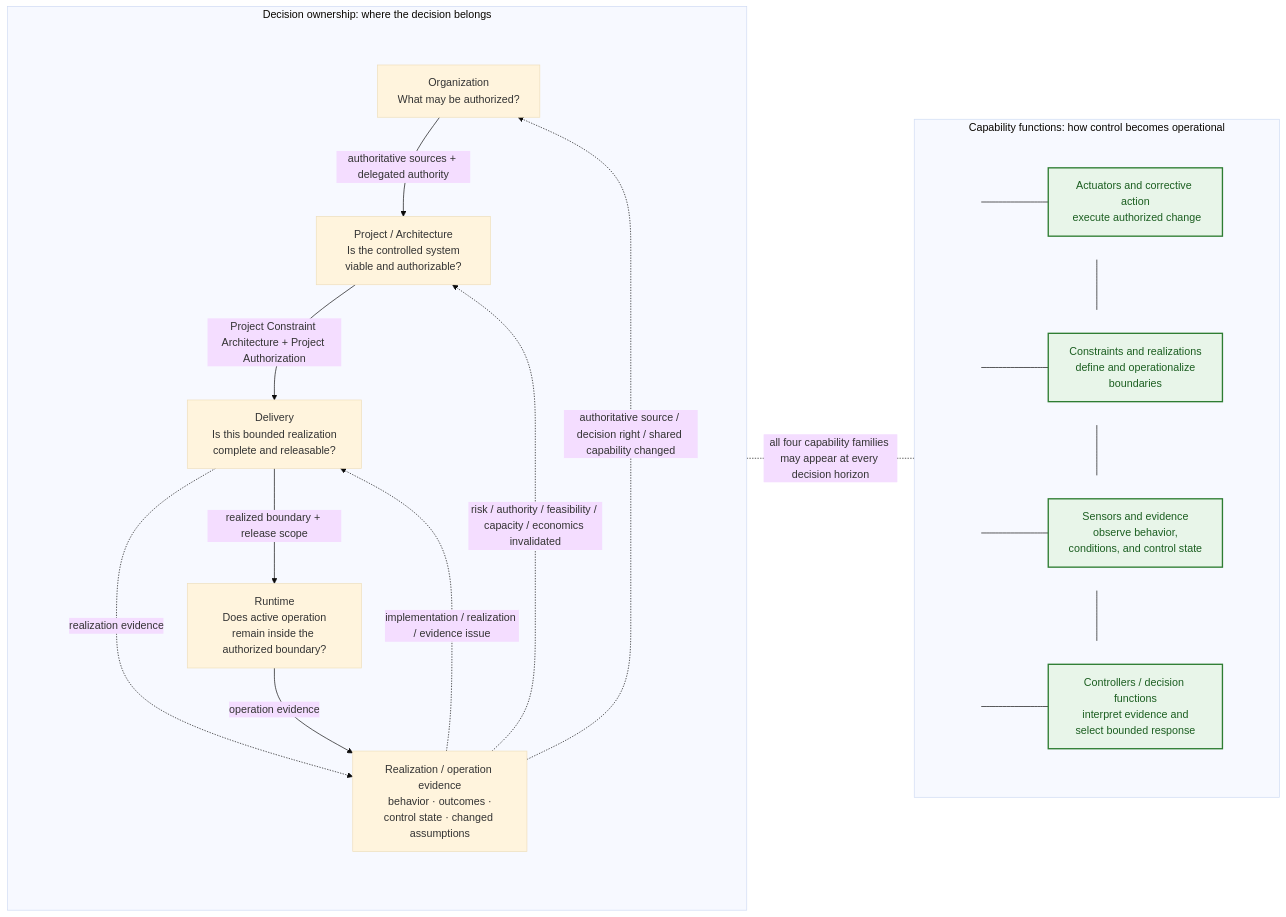
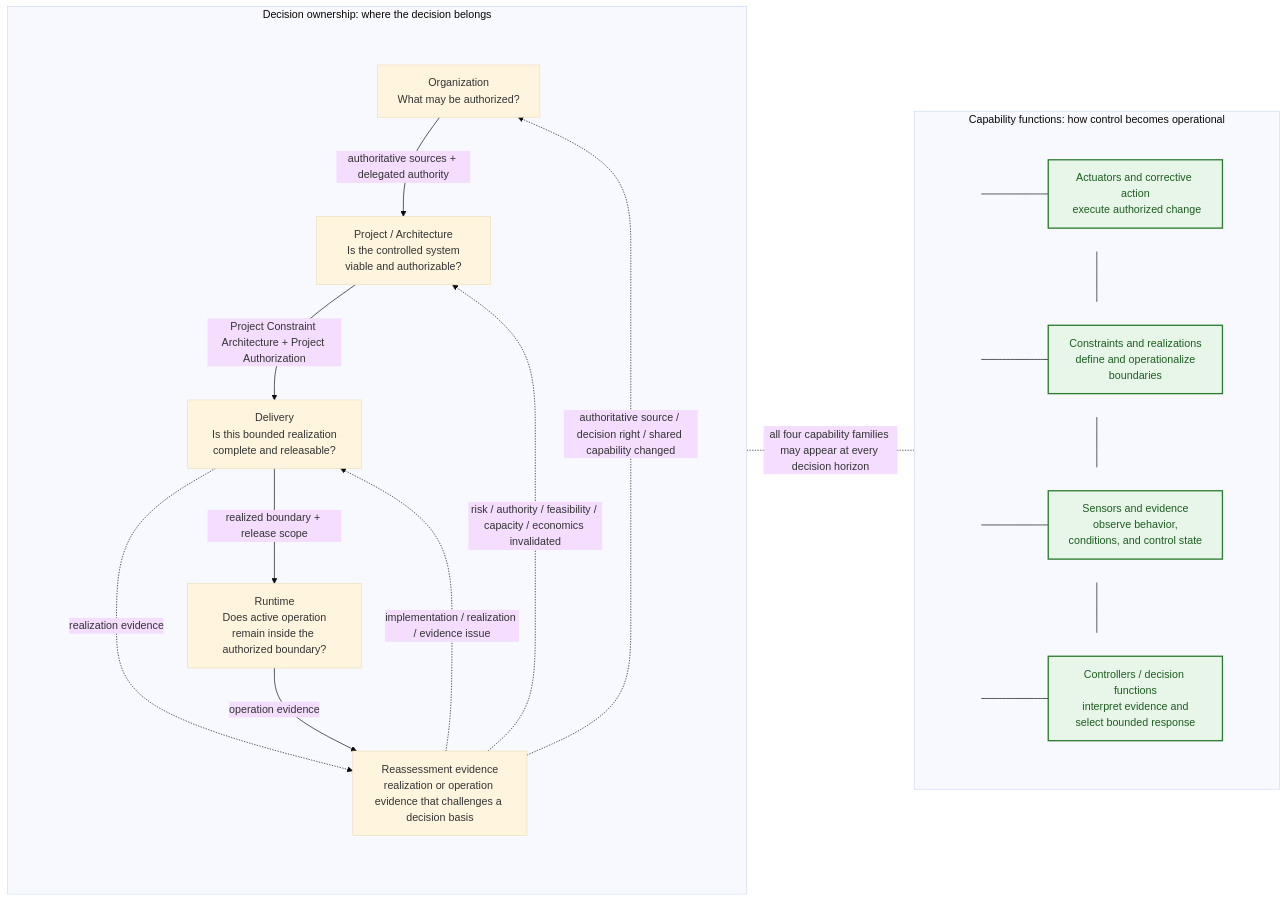
Before and after one commit to UncertaintyArchitectureGroup/uncertainty-architecture: the ninth of 15 diagrams in content/research/notes/open-engineering-specification-article-draft.md, drawn with Mermaid (base theme).

Commit message:
Align Figure 9 reassessment evidence semantics

````diff
--- a/content/research/notes/open-engineering-specification-article-draft.md
+++ b/content/research/notes/open-engineering-specification-article-draft.md
@@ -500,63 +500,63 @@
 ```mermaid
 flowchart LR
     subgraph L["Decision ownership: where the decision belongs"]
         direction TB
         subgraph SPINE9[" "]
   direction TB
   O["Organization<br/> What may be authorized?"]
   P["Project / Architecture<br/> Is the controlled system viable and authorizable?"]
   D["Delivery<br/> Is this bounded realization complete and releasable?"]
   R["Runtime<br/> Does active operation remain inside the authorized boundary?"]
-  E["Realization / operation evidence<br/> behavior · outcomes · control state · changed assumptions"]
+  E["Reassessment evidence<br/>realization or operation evidence that challenges a decision basis"]
 
   O -->|authoritative sources + delegated authority| P
   P -->|Project Constraint Architecture + Project Authorization| D
   D -->|realized boundary + release scope| R
   D -.->|realization evidence| E
   R -->|operation evidence| E
         end
 
         E -.->|implementation / realization / evidence issue| D
         E -.->|risk / authority / feasibility / capacity / economics invalidated| P
         E -.->|authoritative source / decision right / shared capability changed| O
 
         style SPINE9 fill:none,stroke:none
     end
 
     subgraph F["Capability functions: how control becomes operational"]
         direction TB
 
         subgraph F1[" "]
   direction LR
   J1(( )) --- A["Actuators and corrective action<br/> execute authorized change"]
         end
         subgraph F2[" "]
   direction LR
   J2(( )) --- K["Constraints and realizations<br/> define and operationalize boundaries"]
         end
         subgraph F3[" "]
   direction LR
   J3(( )) --- S["Sensors and evidence<br/> observe behavior, conditions, and control state"]
         end
         subgraph F4[" "]
   direction LR
   J4(( )) --- C["Controllers / decision functions<br/> interpret evidence and select bounded response"]
         end
 
         J1 --- J2
         J2 --- J3
         J3 --- J4
 
         style F1 fill:none,stroke:none
         style F2 fill:none,stroke:none
         style F3 fill:none,stroke:none
         style F4 fill:none,stroke:none
     end
 
     L -. "all four capability families may appear at every decision horizon" .- F
 
     classDef capability fill:#e8f5e9,stroke:#2e7d32,stroke-width:2px,color:#1b5e20;
     classDef railpoint fill:transparent,stroke:transparent,color:transparent;
     class A,K,S,C capability;
     class J1,J2,J3,J4 railpoint;
 ```
````
